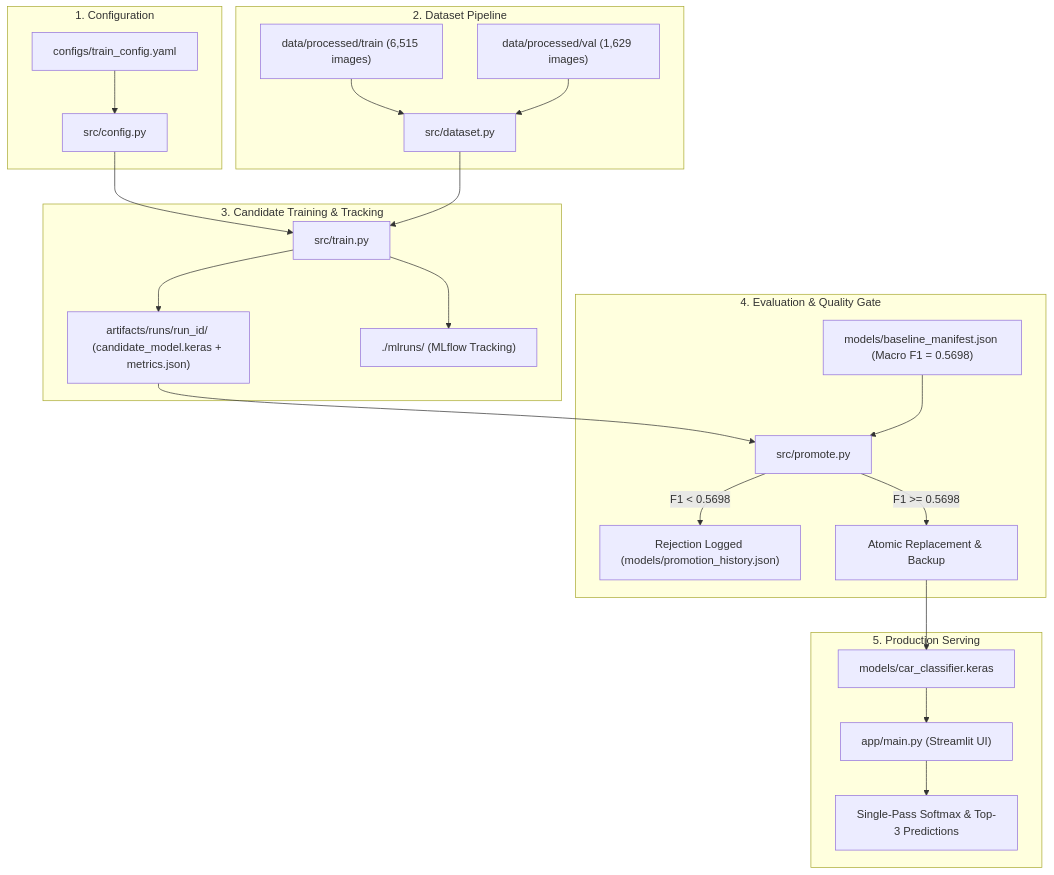
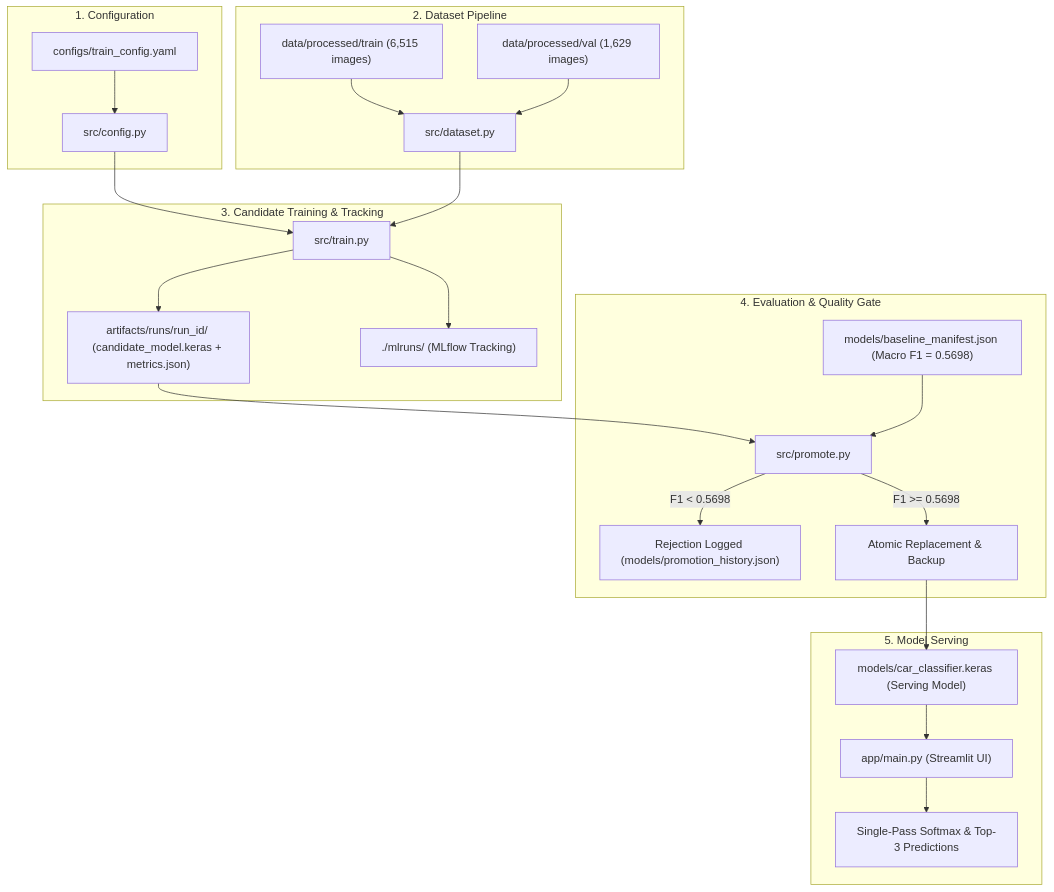
Before and after one commit to conbott/AUTOMOTIVE-IMAGE-CLASSIFIER: the diagram in README.md, drawn with Mermaid. The commit also changed other lines of this file and 1 other file, not shown here.

````diff
--- a/README.md
+++ b/README.md
@@ -24,31 +24,31 @@
 ```mermaid
 flowchart TD
     subgraph Config["1. Configuration"]
         CFG["configs/train_config.yaml"] --> CFGLOAD["src/config.py"]
     end
 
     subgraph Data["2. Dataset Pipeline"]
         RAW["data/processed/train (6,515 images)"] --> DS["src/dataset.py"]
         VAL["data/processed/val (1,629 images)"] --> DS
     end
 
     subgraph Training["3. Candidate Training & Tracking"]
         CFGLOAD --> TR["src/train.py"]
         DS --> TR
         TR --> ARTIFACTS["artifacts/runs/run_id/ (candidate_model.keras + metrics.json)"]
         TR --> MLF["./mlruns/ (MLflow Tracking)"]
     end
 
     subgraph QualityGate["4. Evaluation & Quality Gate"]
         ARTIFACTS --> PROMOTE["src/promote.py"]
         BASELINE["models/baseline_manifest.json (Macro F1 = 0.5698)"] --> PROMOTE
         PROMOTE -->|F1 < 0.5698| REJECT["Rejection Logged (models/promotion_history.json)"]
         PROMOTE -->|F1 >= 0.5698| ATOMIC["Atomic Replacement & Backup"]
     end
 
-    subgraph Serving["5. Production Serving"]
-        ATOMIC --> PROD["models/car_classifier.keras"]
+    subgraph Serving["5. Model Serving"]
+        ATOMIC --> PROD["models/car_classifier.keras (Serving Model)"]
         PROD --> APP["app/main.py (Streamlit UI)"]
         APP --> INFER["Single-Pass Softmax & Top-3 Predictions"]
     end
 ```
````
